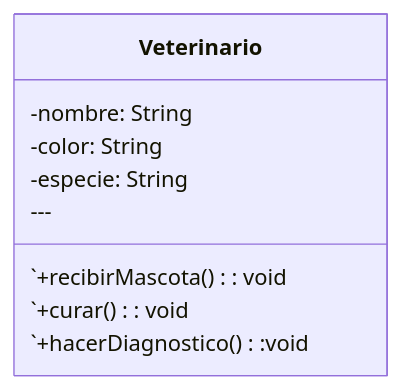
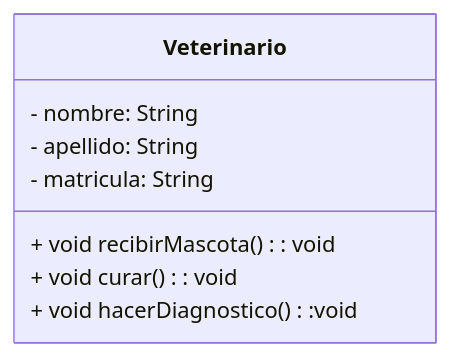
Before and after one commit to PaulaLucero2021/course_digitalhouse: the sixth of 20 diagrams in programacion_orientada_a_objetos/poo.md, drawn with Mermaid. The commit also changed other lines of this file and 23 other files, not shown here.

````diff
--- a/programacion_orientada_a_objetos/poo.md
+++ b/programacion_orientada_a_objetos/poo.md
@@ -1290,13 +1394,11 @@
 ```mermaid
 classDiagram
 class Veterinario{
-    -nombre: String
-    -color: String
-    -especie: String
-    ---
-    `+recibirMascota(): void
-    `+curar(): void
-    `+hacerDiagnostico():void
+    - nombre: String
+    - apellido: String
+    - matricula: String
+    + void recibirMascota(): void
+    + void curar(): void
+    + void hacerDiagnostico():void
 }
-
 ```
````
